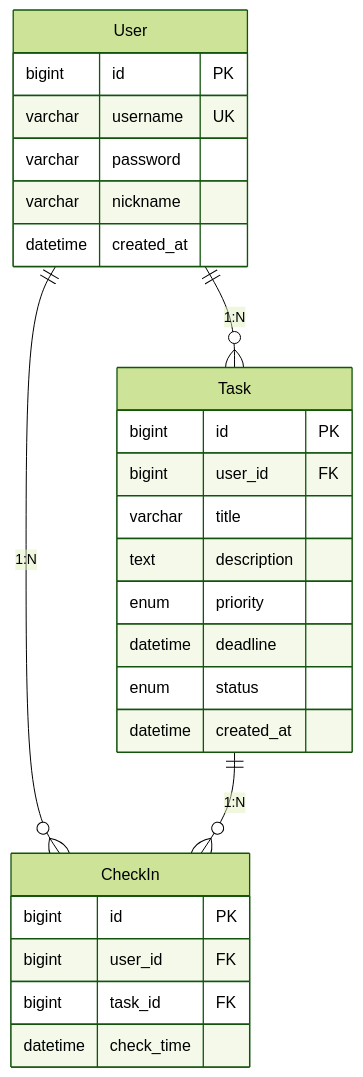
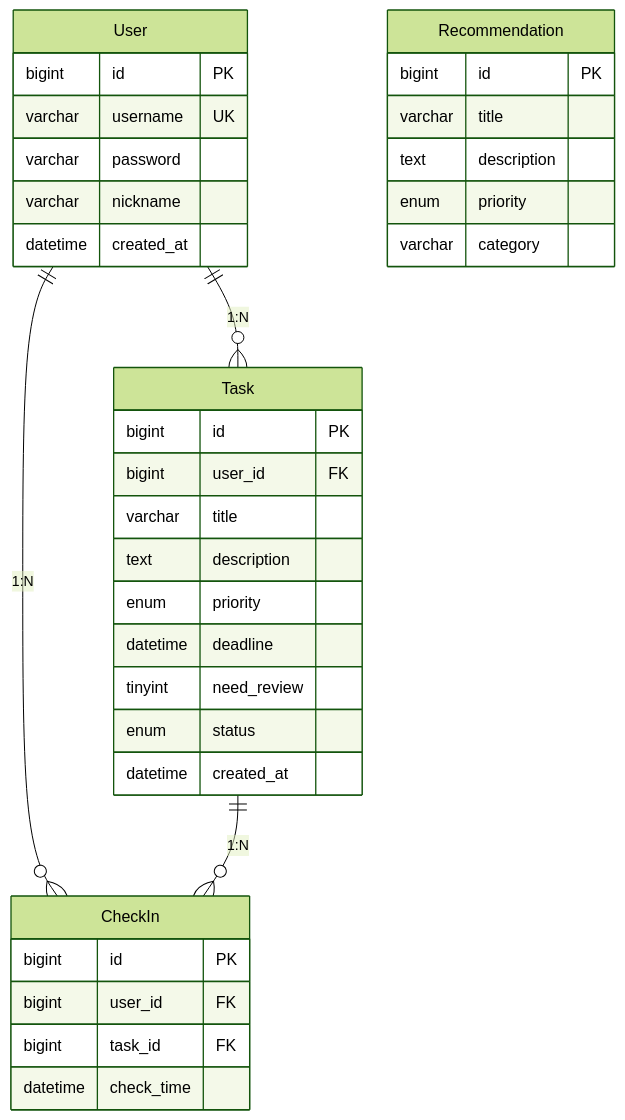
One commit to TonyzzZ666/Study-Agent changed the seventh of 7 diagrams in 需求报告.md. Above: the diagram before and after it, drawn with Mermaid (forest theme). The commit also changed other lines of this file and 1 other file, not shown here.

Commit message:
v3.2: 加回全部功能点（推荐/提醒/日历/图表），用最简单方式实现

````diff
--- a/需求报告.md
+++ b/需求报告.md
@@ -229,32 +263,41 @@
 ```mermaid
 erDiagram
     User ||--o{ Task : "1:N"
     User ||--o{ CheckIn : "1:N"
     Task ||--o{ CheckIn : "1:N"
 
     User {
         bigint id PK
         varchar username UK
         varchar password
         varchar nickname
         datetime created_at
     }
 
     Task {
         bigint id PK
         bigint user_id FK
         varchar title
         text description
         enum priority
         datetime deadline
+        tinyint need_review
         enum status
         datetime created_at
     }
 
     CheckIn {
         bigint id PK
         bigint user_id FK
         bigint task_id FK
         datetime check_time
     }
+
+    Recommendation {
+        bigint id PK
+        varchar title
+        text description
+        enum priority
+        varchar category
+    }
 ```
````
